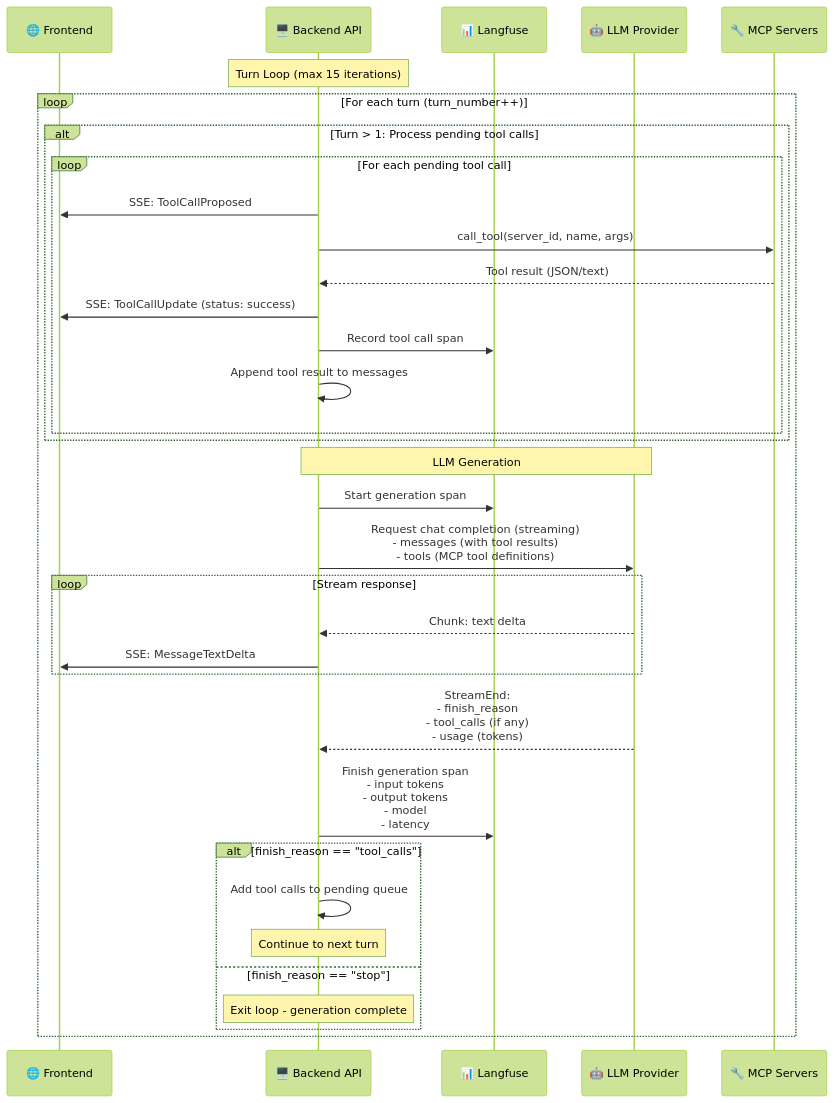
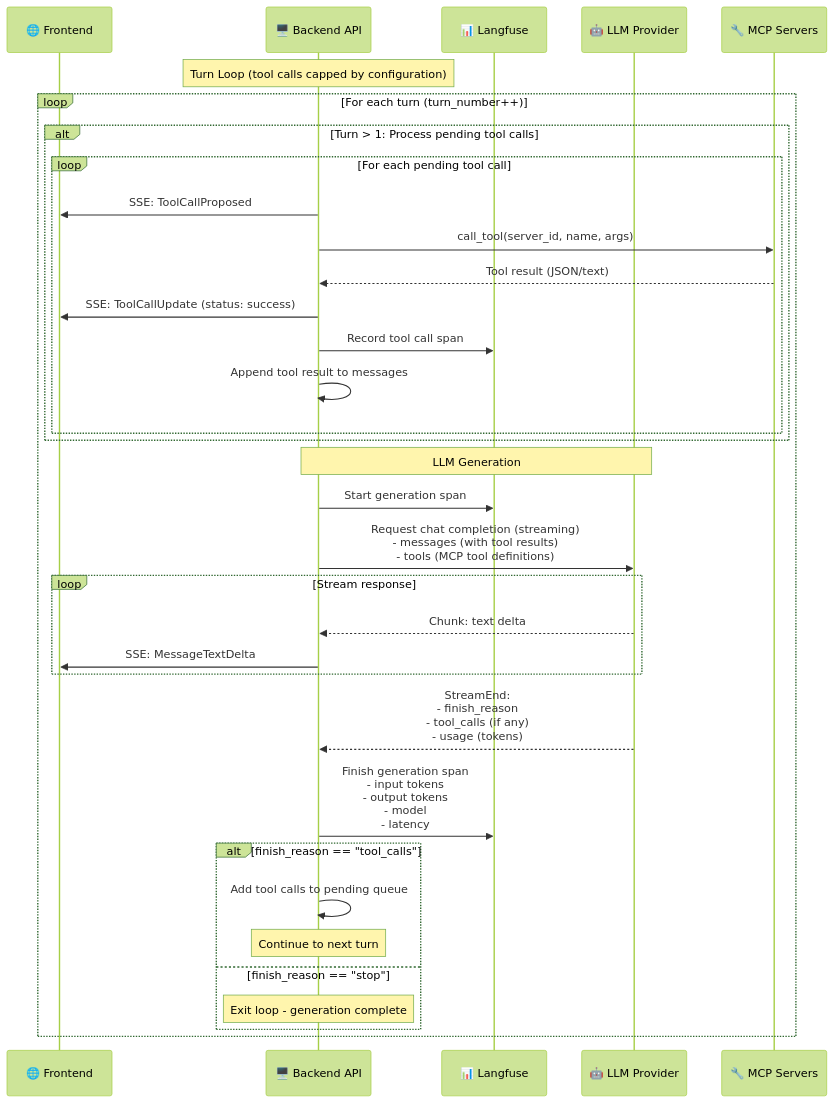
The sixth of 8 diagrams in site/content/docs/deployment/infrastructure_overview.mdx (EratoLab/erato), drawn with Mermaid (forest theme) before and after one commit. The commit also changed other lines of this file and 6 other files, not shown here.

First line of the commit message:
Add config option - generation.max_tool_calls_per_message

````diff
--- a/site/content/docs/deployment/infrastructure_overview.mdx
+++ b/site/content/docs/deployment/infrastructure_overview.mdx
@@ -277,43 +277,43 @@
 ```mermaid
 sequenceDiagram
     participant 🌐 Frontend
     participant 🖥️ Backend API
     participant 📊 Langfuse
     participant 🤖 LLM Provider
     participant 🔧 MCP Servers
 
-    Note over 🖥️ Backend API: Turn Loop (max 15 iterations)
+    Note over 🖥️ Backend API: Turn Loop (tool calls capped by configuration)
     loop For each turn (turn_number++)
 
         alt Turn > 1: Process pending tool calls
             loop For each pending tool call
                 🖥️ Backend API->>🌐 Frontend: SSE: ToolCallProposed
                 🖥️ Backend API->>🔧 MCP Servers: call_tool(server_id, name, args)
                 🔧 MCP Servers-->>🖥️ Backend API: Tool result (JSON/text)
                 🖥️ Backend API->>🌐 Frontend: SSE: ToolCallUpdate (status: success)
                 🖥️ Backend API->>📊 Langfuse: Record tool call span
                 🖥️ Backend API->>🖥️ Backend API: Append tool result to messages
             end
         end
 
         Note over 🖥️ Backend API,🤖 LLM Provider: LLM Generation
         🖥️ Backend API->>📊 Langfuse: Start generation span
         🖥️ Backend API->>🤖 LLM Provider: Request chat completion (streaming)<br/>- messages (with tool results)<br/>- tools (MCP tool definitions)
 
         loop Stream response
             🤖 LLM Provider-->>🖥️ Backend API: Chunk: text delta
             🖥️ Backend API->>🌐 Frontend: SSE: MessageTextDelta
         end
 
         🤖 LLM Provider-->>🖥️ Backend API: StreamEnd:<br/>- finish_reason<br/>- tool_calls (if any)<br/>- usage (tokens)
 
         🖥️ Backend API->>📊 Langfuse: Finish generation span<br/>- input tokens<br/>- output tokens<br/>- model<br/>- latency
 
         alt finish_reason == "tool_calls"
             🖥️ Backend API->>🖥️ Backend API: Add tool calls to pending queue
             Note over 🖥️ Backend API: Continue to next turn
         else finish_reason == "stop"
             Note over 🖥️ Backend API: Exit loop - generation complete
         end
     end
 ```
````
